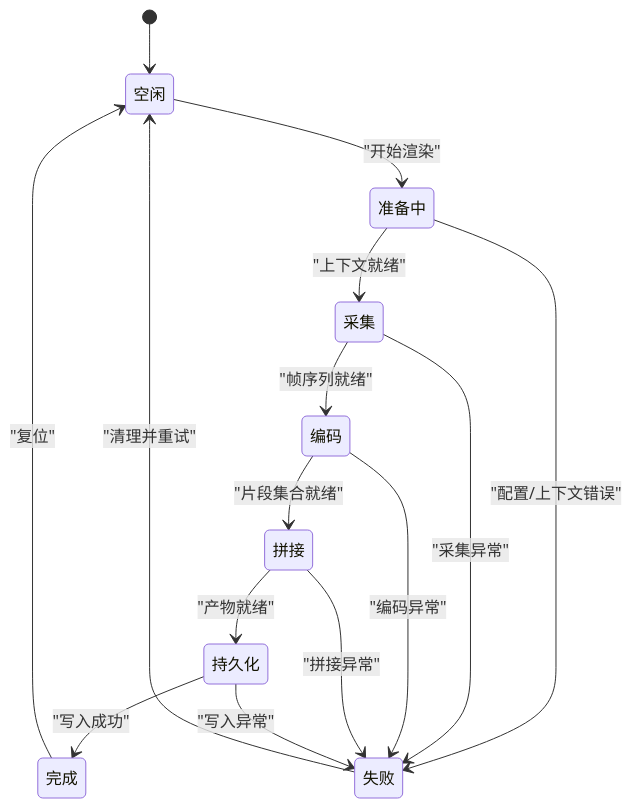
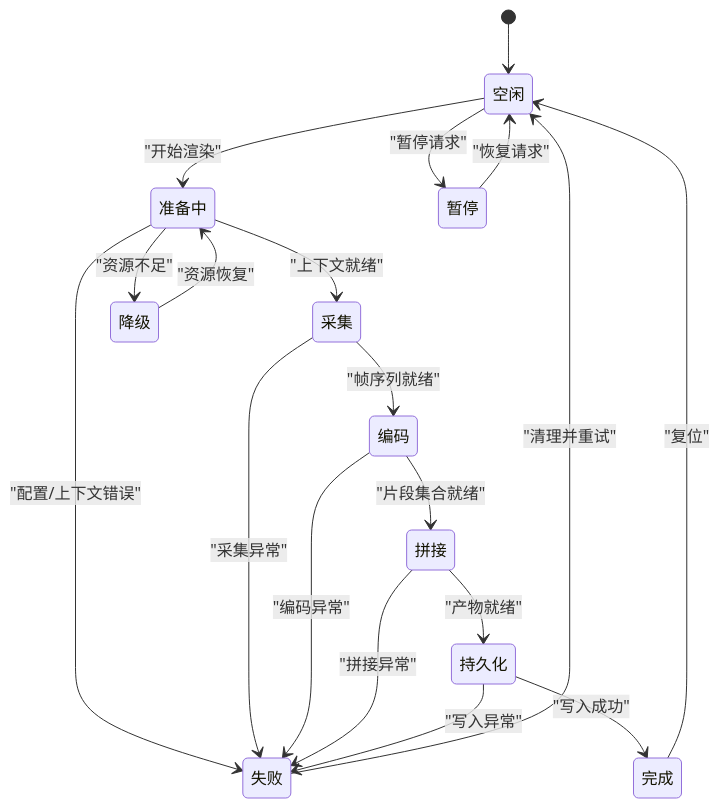
The third of 5 diagrams in .qoder/repowiki/zh/content/架构设计/核心模块设计/渲染引擎设计/渲染核心引擎.md (AIMFllyYS/code-video-canvas), drawn with Mermaid before and after one commit. The commit also changed other lines of this file and 44 other files, not shown here.

````diff
--- a/.qoder/repowiki/zh/content/架构设计/核心模块设计/渲染引擎设计/渲染核心引擎.md
+++ b/.qoder/repowiki/zh/content/架构设计/核心模块设计/渲染引擎设计/渲染核心引擎.md
@@ -153,17 +163,21 @@
 ```mermaid
 stateDiagram-v2
 [*] --> 空闲
 空闲 --> 准备中 : "开始渲染"
 准备中 --> 采集 : "上下文就绪"
 采集 --> 编码 : "帧序列就绪"
 编码 --> 拼接 : "片段集合就绪"
 拼接 --> 持久化 : "产物就绪"
 持久化 --> 完成 : "写入成功"
 准备中 --> 失败 : "配置/上下文错误"
 采集 --> 失败 : "采集异常"
 编码 --> 失败 : "编码异常"
 拼接 --> 失败 : "拼接异常"
 持久化 --> 失败 : "写入异常"
 失败 --> 空闲 : "清理并重试"
 完成 --> 空闲 : "复位"
+空闲 --> 暂停 : "暂停请求"
+暂停 --> 空闲 : "恢复请求"
+准备中 --> 降级 : "资源不足"
+降级 --> 准备中 : "资源恢复"
 ```
````
